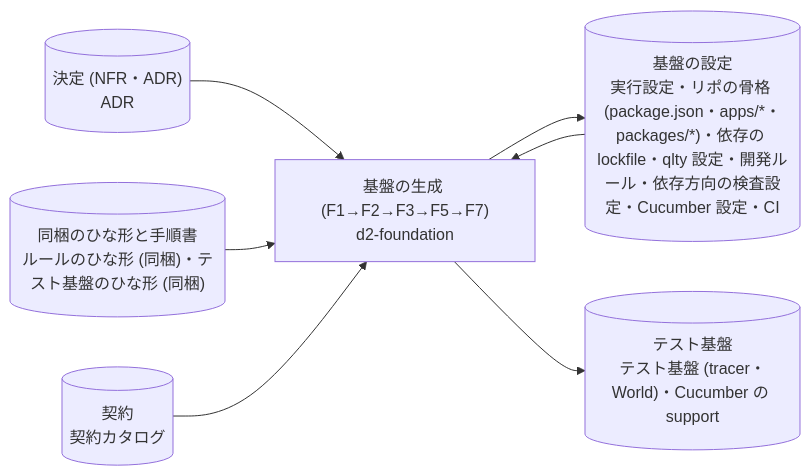
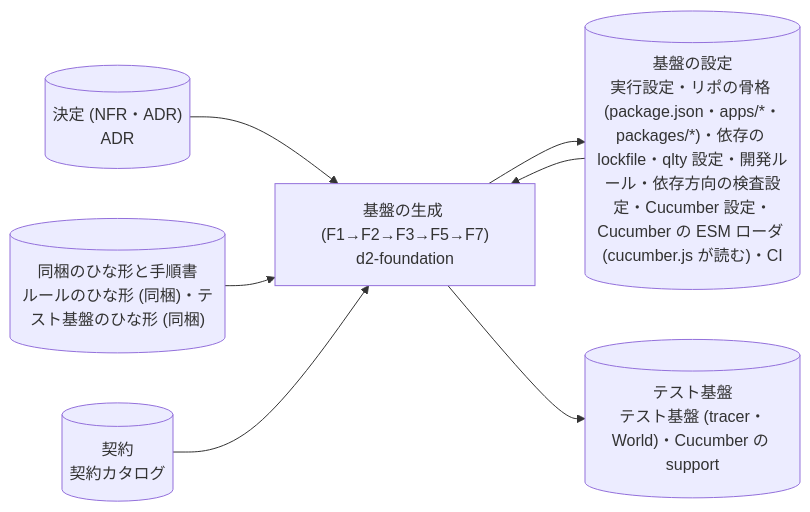
The eighth of 35 diagrams in plugins/distillery2/skills/d2-common/references/dataflow.md (suwa-sh/suwa-sh-claude-plugins), drawn with Mermaid before and after one commit. The commit also changed other lines of this file and 15 other files, not shown here.

````diff
--- a/plugins/distillery2/skills/d2-common/references/dataflow.md
+++ b/plugins/distillery2/skills/d2-common/references/dataflow.md
@@ -233,15 +233,15 @@
 ```mermaid
 flowchart LR
   p_foundation["基盤の生成 (F1→F2→F3→F5→F7)<br/>d2-foundation"]
   g_decisions[("決定 (NFR・ADR)<br/>ADR")]
   g_packaged[("同梱のひな形と手順書<br/>ルールのひな形 (同梱)・テスト基盤のひな形 (同梱)")]
   g_contracts[("契約<br/>契約カタログ")]
-  g_settings[("基盤の設定<br/>実行設定・リポの骨格 (package.json・apps/*・packages/*)・依存の lockfile・qlty 設定・開発ルール・依存方向の検査設定・Cucumber 設定・CI")]
+  g_settings[("基盤の設定<br/>実行設定・リポの骨格 (package.json・apps/*・packages/*)・依存の lockfile・qlty 設定・開発ルール・依存方向の検査設定・Cucumber 設定・Cucumber の ESM ローダ (cucumber.js が読む)・CI")]
   g_test_infra[("テスト基盤<br/>テスト基盤 (tracer・World)・Cucumber の support")]
   g_decisions --> p_foundation
   g_packaged --> p_foundation
   g_contracts --> p_foundation
   g_settings --> p_foundation
   p_foundation --> g_settings
   p_foundation --> g_test_infra
 ```
````
